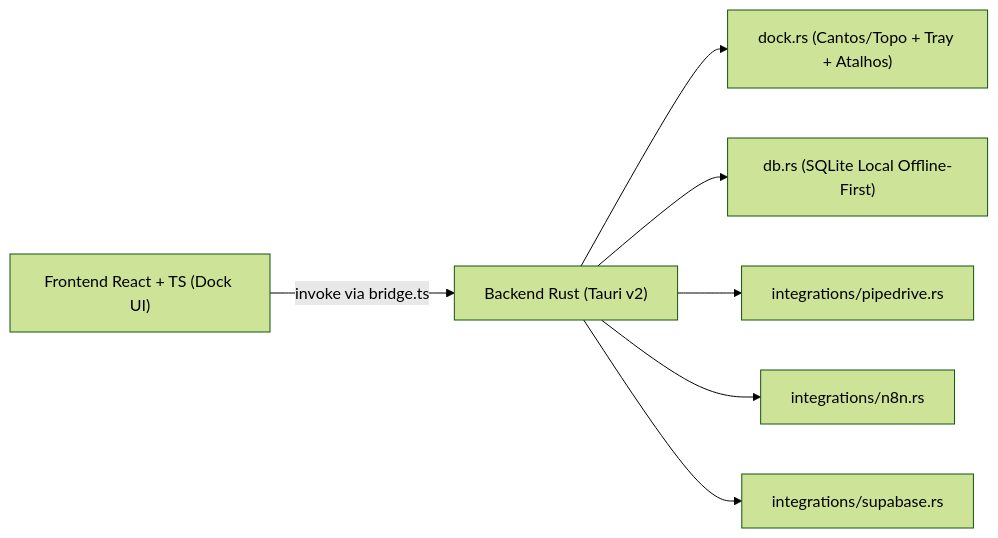
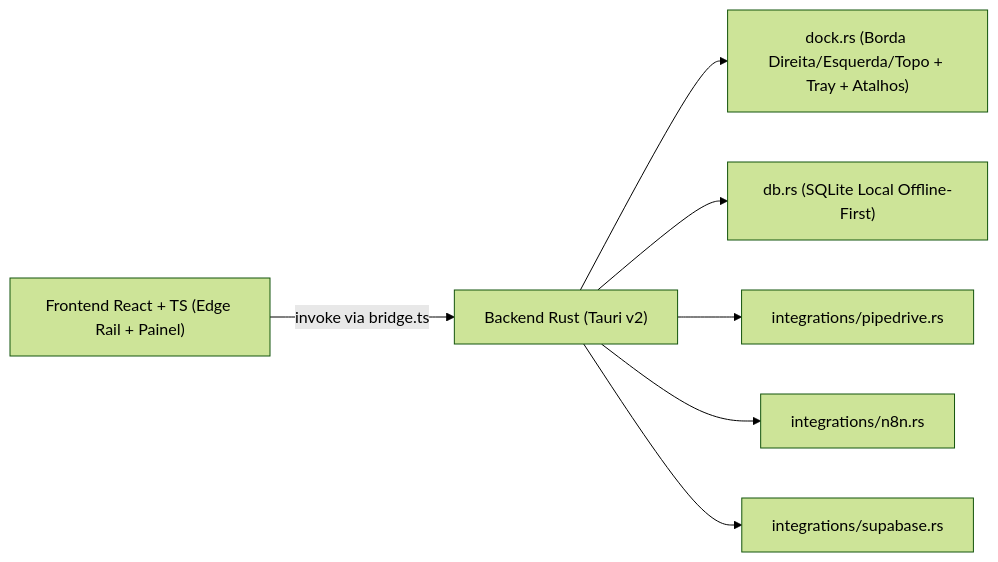
Before and after one commit to ri-favaro/quicknote-crm: the diagram in docs/architecture.md, drawn with Mermaid (forest theme). The commit also changed other lines of this file and 11 other files, not shown here.

````diff
--- a/docs/architecture.md
+++ b/docs/architecture.md
@@ -5,9 +5,9 @@
 ```mermaid
 flowchart LR
-    UI["Frontend React + TS (Dock UI)"] -->|invoke via bridge.ts| Rust["Backend Rust (Tauri v2)"]
-    Rust --> Dock["dock.rs (Cantos/Topo + Tray + Atalhos)"]
+    UI["Frontend React + TS (Edge Rail + Painel)"] -->|invoke via bridge.ts| Rust["Backend Rust (Tauri v2)"]
+    Rust --> Dock["dock.rs (Borda Direita/Esquerda/Topo + Tray + Atalhos)"]
     Rust --> DB["db.rs (SQLite Local Offline-First)"]
     Rust --> Pipe["integrations/pipedrive.rs"]
     Rust --> N8N["integrations/n8n.rs"]
     Rust --> Supa["integrations/supabase.rs"]
 ```
````
